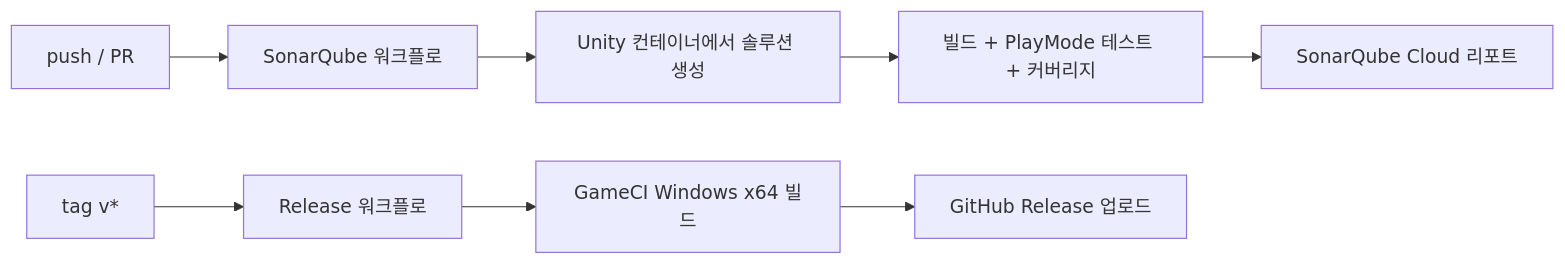
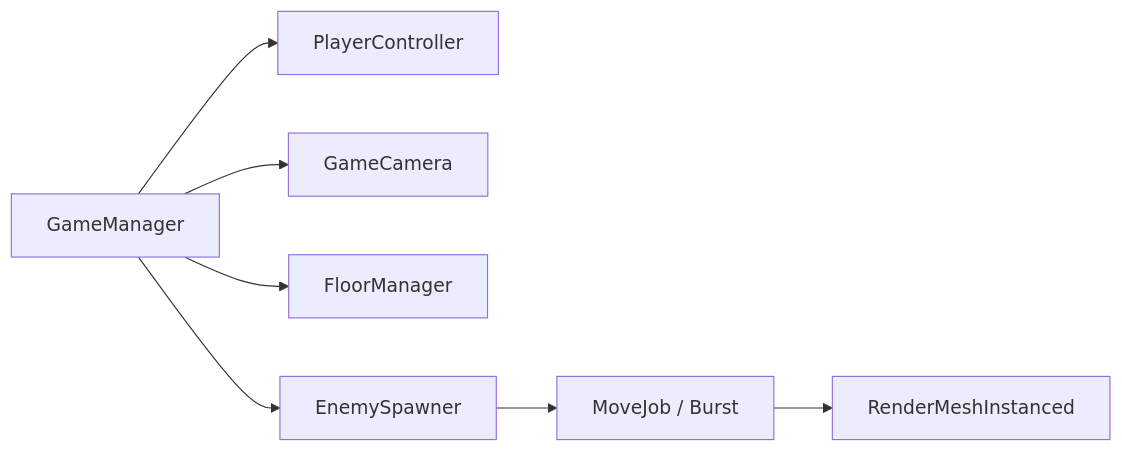
One commit to lolisia/portfolio-01 changed the diagram in README.md. Above: the diagram before and after it, drawn with Mermaid. The commit also changed other lines of this file and 1 other file, not shown here.

````diff
--- a/README.md
+++ b/README.md
@@ -101,10 +32,8 @@
 ```mermaid
 flowchart LR
-    A[push / PR] --> B[SonarQube 워크플로]
-    B --> B1[Unity 컨테이너에서 솔루션 생성]
-    B1 --> B2[빌드 + PlayMode 테스트 + 커버리지]
-    B2 --> B3[SonarQube Cloud 리포트]
-    T[tag v*] --> R[Release 워크플로]
-    R --> R1[GameCI Windows x64 빌드]
-    R1 --> R2[GitHub Release 업로드]
+    GM[GameManager] --> P[PlayerController]
+    GM --> C[GameCamera]
+    GM --> F[FloorManager]
+    GM --> E[EnemySpawner]
+    E --> J[MoveJob / Burst] --> R[RenderMeshInstanced]
 ```
````
